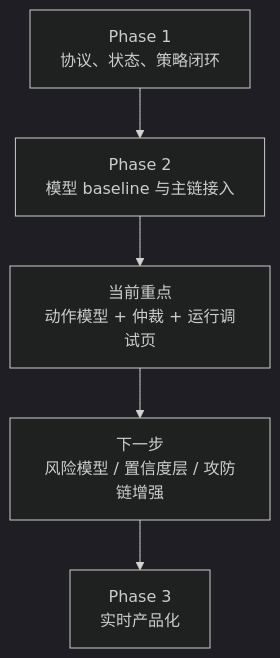
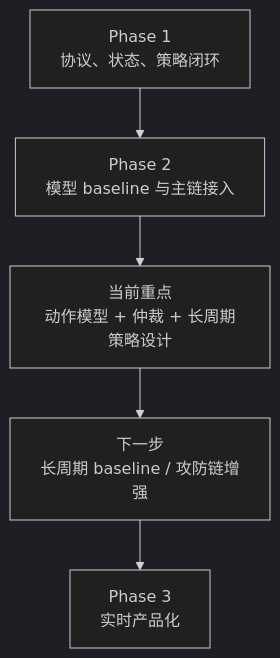
One commit to Sn55555/Asurada changed the second of 2 diagrams in README.md. Above: the diagram before and after it, drawn with Mermaid (dark theme). The commit also changed other lines of this file and 2 other files, not shown here.

````diff
--- a/README.md
+++ b/README.md
@@ -23,7 +23,7 @@
 ```mermaid
 flowchart TB
     A["Phase 1<br/>协议、状态、策略闭环"] --> B["Phase 2<br/>模型 baseline 与主链接入"]
-    B --> C["当前重点<br/>动作模型 + 仲裁 + 运行调试页"]
-    C --> D["下一步<br/>风险模型 / 置信度层 / 攻防链增强"]
+    B --> C["当前重点<br/>动作模型 + 仲裁 + 长周期策略设计"]
+    C --> D["下一步<br/>长周期 baseline / 攻防链增强"]
     D --> E["Phase 3<br/>实时产品化"]
 ```
````
